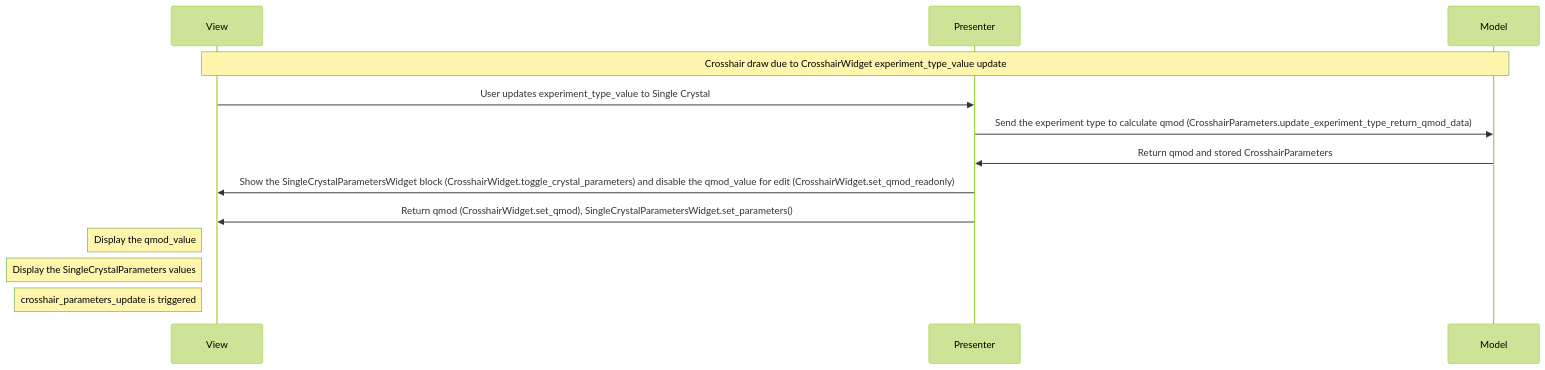
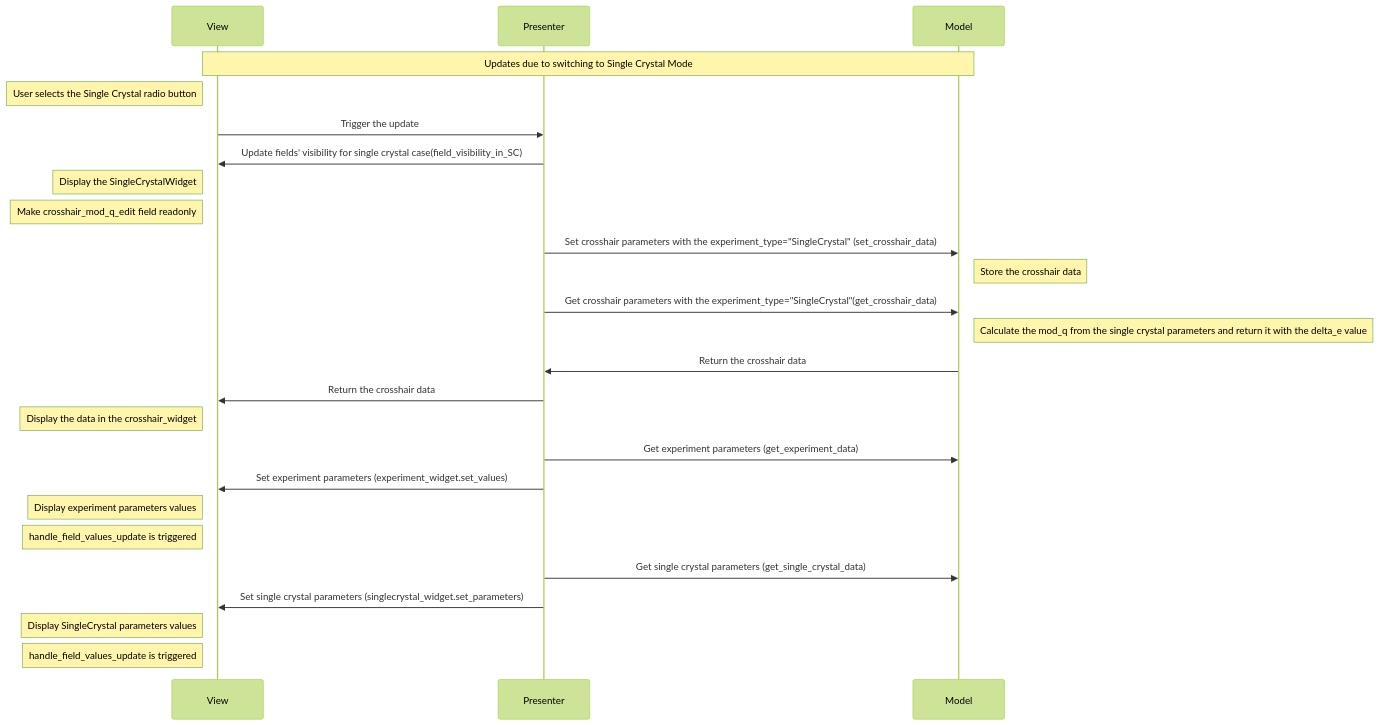
One commit to neutrons/hyspecppt changed diagram 13 of 14 in docs/source/design/hyspecpptclasses.rst. Above: the diagram before and after it, drawn with Mermaid (forest theme). The commit also changed other lines of this file and 8 other files, not shown here.

```diff
--- a/docs/source/design/hyspecpptclasses.rst
+++ b/docs/source/design/hyspecpptclasses.rst
@@ -595,16 +400,28 @@
-            .. mermaid::
+        .. mermaid::
 
-                sequenceDiagram
-                    participant View
-                    participant Presenter
-                    participant Model
+            sequenceDiagram
+                participant View
+                participant Presenter
+                participant Model
 
-                    Note over View,Model: Crosshair draw due to CrosshairWidget experiment_type_value update
-                    View->>Presenter: User updates experiment_type_value to Single Crystal
-                    Presenter->>Model: Send the experiment type to calculate qmod (CrosshairParameters.update_experiment_type_return_qmod_data)
-                    Model->>Presenter: Return qmod and stored CrosshairParameters
-                    Presenter->>View: Show the SingleCrystalParametersWidget block (CrosshairWidget.toggle_crystal_parameters) and disable the qmod_value for edit (CrosshairWidget.set_qmod_readonly)
-                    Presenter->>View: Return qmod (CrosshairWidget.set_qmod), SingleCrystalParametersWidget.set_parameters()
-                    Note left of View: Display the qmod_value
-                    Note left of View: Display the SingleCrystalParameters values
-                    Note left of View: crosshair_parameters_update is triggered
+                Note over View,Model: Updates due to switching to Single Crystal Mode
+                Note left of View: User selects the Single Crystal radio button
+                View->>Presenter: Trigger the update
+                Presenter->>View: Update fields' visibility for single crystal case(field_visibility_in_SC)
+                Note left of View: Display the SingleCrystalWidget
+                Note left of View: Make crosshair_mod_q_edit field readonly
+                Presenter->>Model: Set crosshair parameters with the experiment_type="SingleCrystal" (set_crosshair_data)
+                Note right of Model: Store the crosshair data
+                Presenter->>Model: Get crosshair parameters with the experiment_type="SingleCrystal"(get_crosshair_data)
+                Note right of Model: Calculate the mod_q from the single crystal parameters and return it with the delta_e value
+                Model->>Presenter: Return the crosshair data
+                Presenter->>View: Return the crosshair data
+                Note left of View: Display the data in the crosshair_widget
+                Presenter->>Model: Get experiment parameters (get_experiment_data)
+                Presenter->>View: Set experiment parameters (experiment_widget.set_values)
+                Note left of View: Display experiment parameters values
+                Note left of View: handle_field_values_update is triggered
+                Presenter->>Model: Get single crystal parameters (get_single_crystal_data)
+                Presenter->>View: Set single crystal parameters (singlecrystal_widget.set_parameters)
+                Note left of View: Display SingleCrystal parameters values
+                Note left of View: handle_field_values_update is triggered
```
